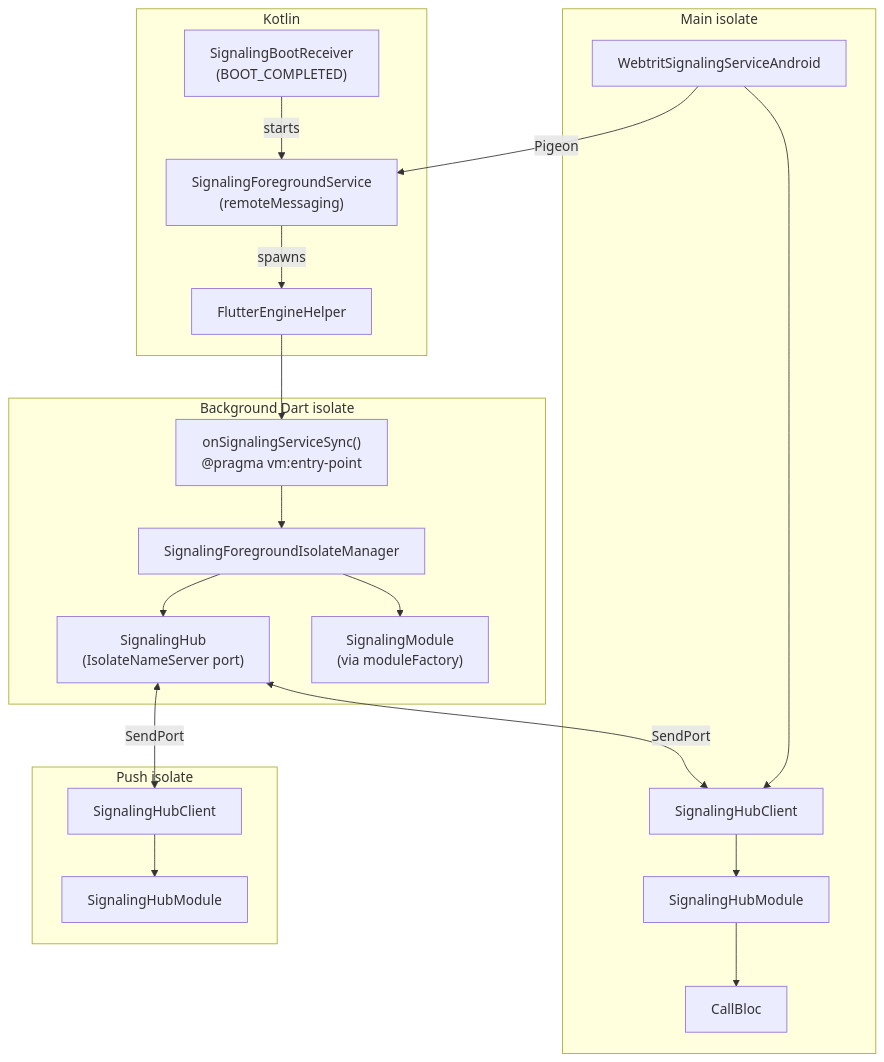
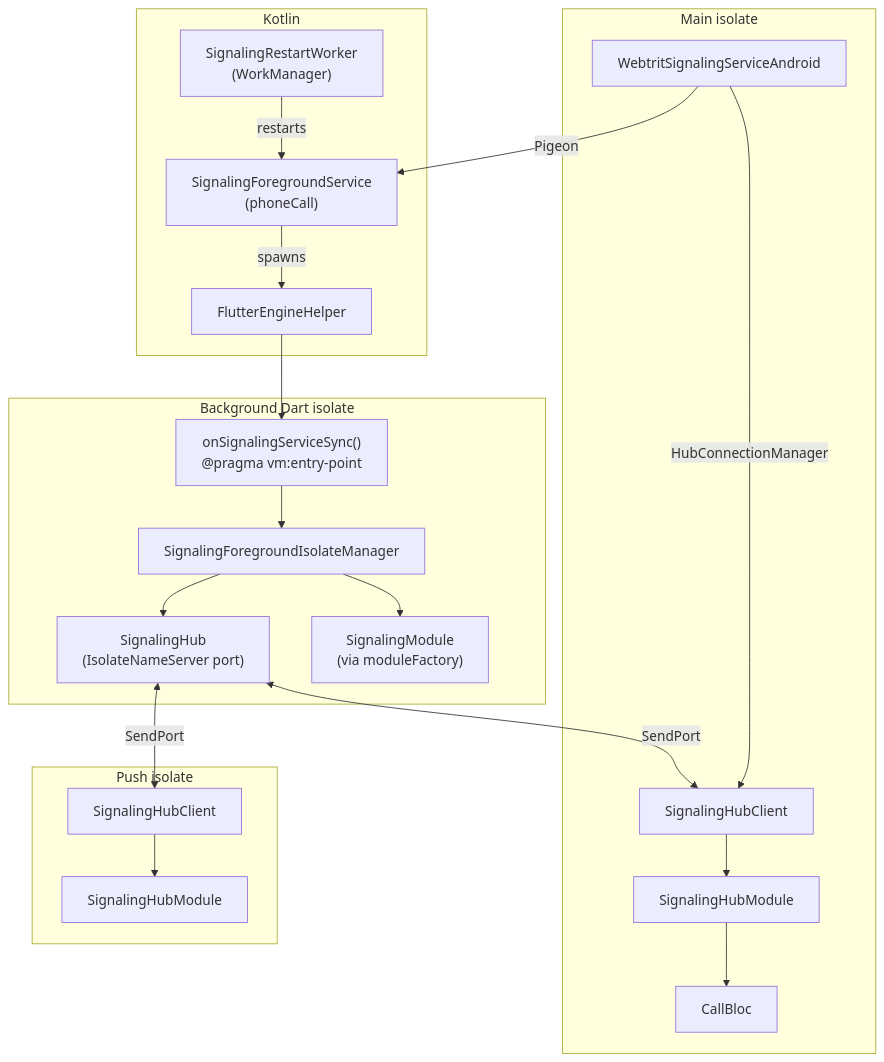
The fourth of 7 diagrams in phone/packages/signaling_service/ARCHITECTURE.md (portaone/porta-phone-mobile-app), drawn with Mermaid before and after one commit. The commit also changed other lines of this file and 75 other files, not shown here.

````diff
--- a/phone/packages/signaling_service/ARCHITECTURE.md
+++ b/phone/packages/signaling_service/ARCHITECTURE.md
@@ -89,35 +92,35 @@
 ```mermaid
 graph TD
     subgraph "Kotlin"
-        FS["SignalingForegroundService\n(remoteMessaging)"]
-        BR["SignalingBootReceiver\n(BOOT_COMPLETED)"]
+        FS["SignalingForegroundService\n(phoneCall)"]
+        RW["SignalingRestartWorker\n(WorkManager)"]
         FEH["FlutterEngineHelper"]
     end
 
     subgraph "Background Dart isolate"
         EP["onSignalingServiceSync()\n@pragma vm:entry-point"]
         SFIM2["SignalingForegroundIsolateManager"]
         HUB["SignalingHub\n(IsolateNameServer port)"]
         SM2["SignalingModule\n(via moduleFactory)"]
     end
 
     subgraph "Main isolate"
         ANDROID["WebtritSignalingServiceAndroid"]
         HM["SignalingHubModule"]
         HC["SignalingHubClient"]
         BLOC["CallBloc"]
     end
 
     subgraph "Push isolate"
         PHC["SignalingHubClient"]
         PHM["SignalingHubModule"]
     end
 
-    BR -->|starts| FS
+    RW -->|restarts| FS
     FS -->|spawns| FEH --> EP --> SFIM2
     SFIM2 --> HUB & SM2
     HUB <-->|" SendPort "| HC --> HM --> BLOC
     HUB <-->|" SendPort "| PHC --> PHM
     ANDROID -->|Pigeon| FS
-    ANDROID --> HC
+    ANDROID -->|HubConnectionManager| HC
 ```
````
